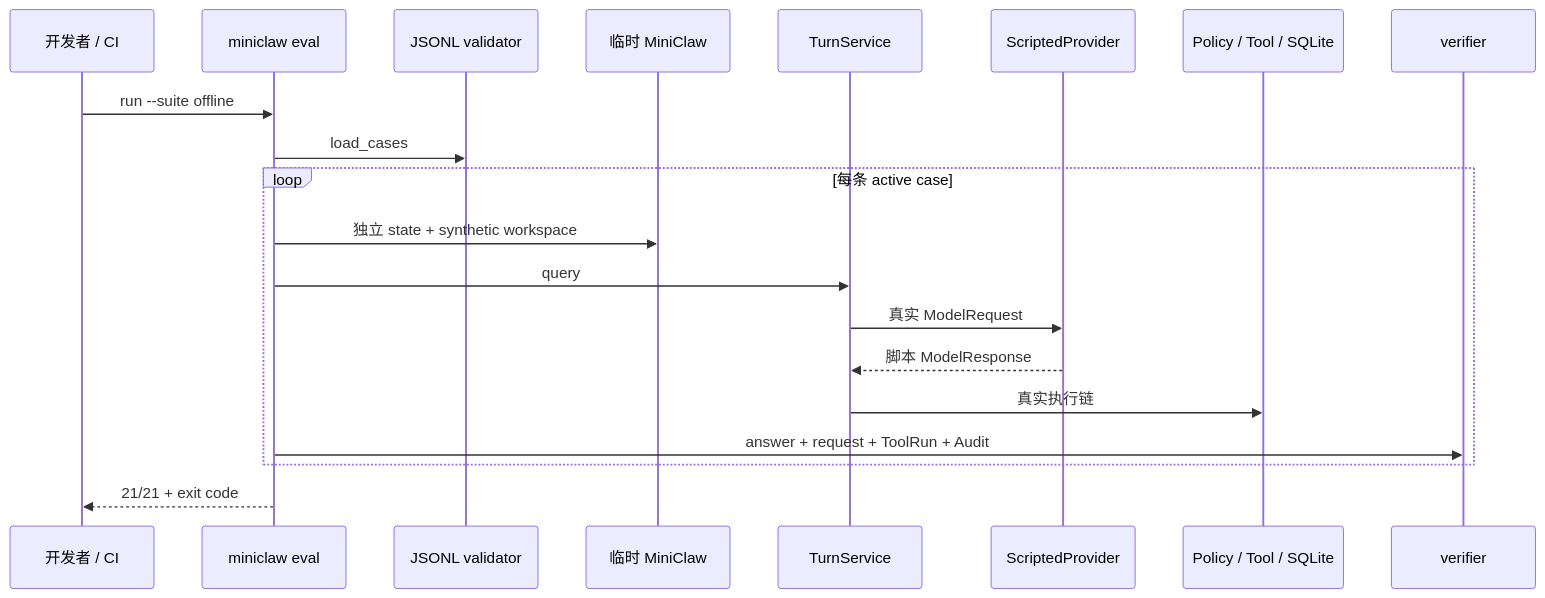
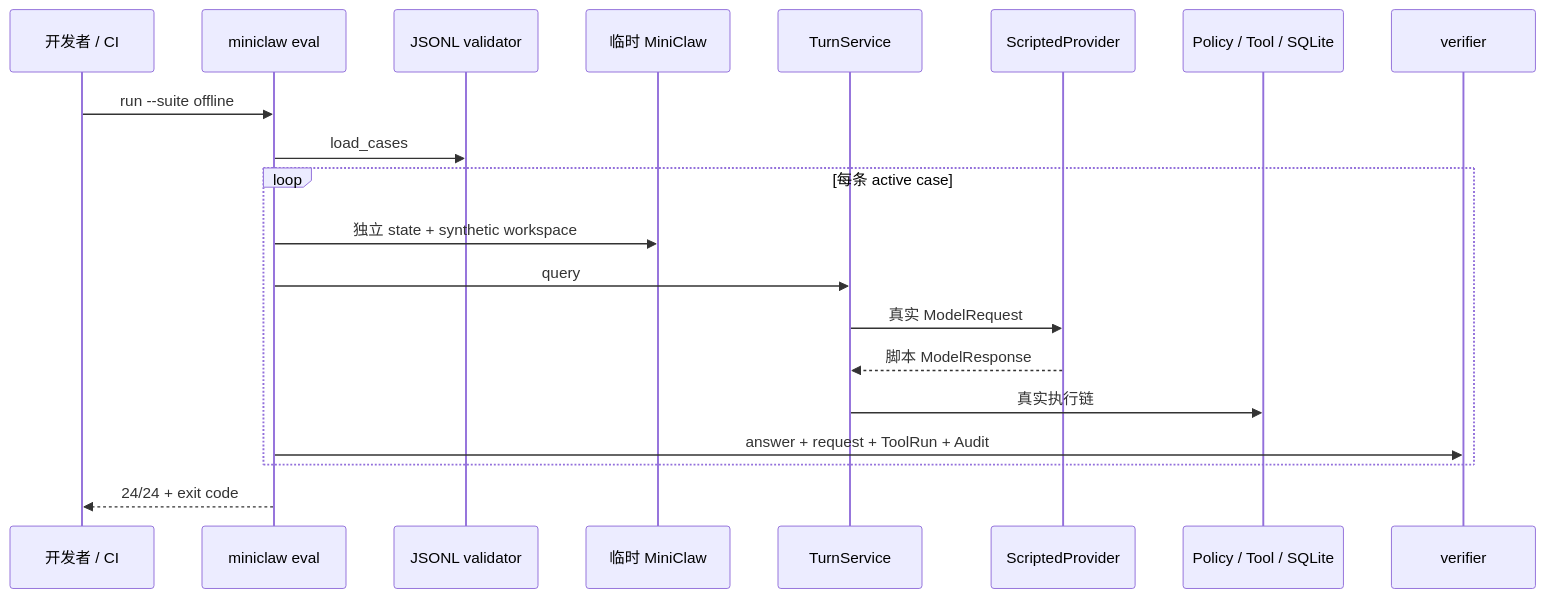
The tenth of 10 diagrams in docs/architecture/20260807_系统架构.md (NEDONION/lobster0), drawn with Mermaid before and after one commit. The commit also changed other lines of this file and 21 other files, not shown here.

````diff
--- a/docs/architecture/20260807_系统架构.md
+++ b/docs/architecture/20260807_系统架构.md
@@ -230,23 +259,23 @@
 ```mermaid
 sequenceDiagram
     participant Dev as 开发者 / CI
     participant CLI as miniclaw eval
     participant Loader as JSONL validator
     participant Temp as 临时 MiniClaw
     participant Turn as TurnService
     participant Fake as ScriptedProvider
     participant Tool as Policy / Tool / SQLite
     participant Verify as verifier
 
     Dev->>CLI: run --suite offline
     CLI->>Loader: load_cases
     loop 每条 active case
         CLI->>Temp: 独立 state + synthetic workspace
         CLI->>Turn: query
         Turn->>Fake: 真实 ModelRequest
         Fake-->>Turn: 脚本 ModelResponse
         Turn->>Tool: 真实执行链
         CLI->>Verify: answer + request + ToolRun + Audit
     end
-    CLI-->>Dev: 21/21 + exit code
+    CLI-->>Dev: 24/24 + exit code
 ```
````
